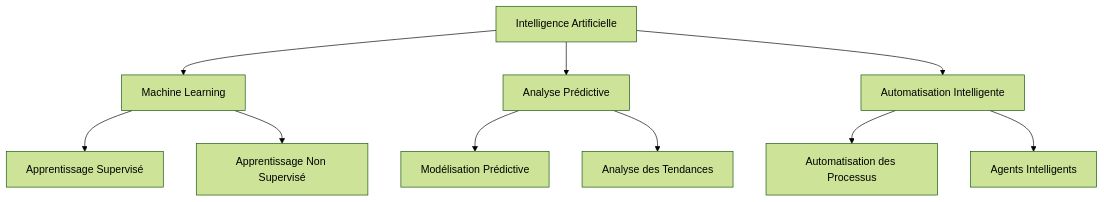
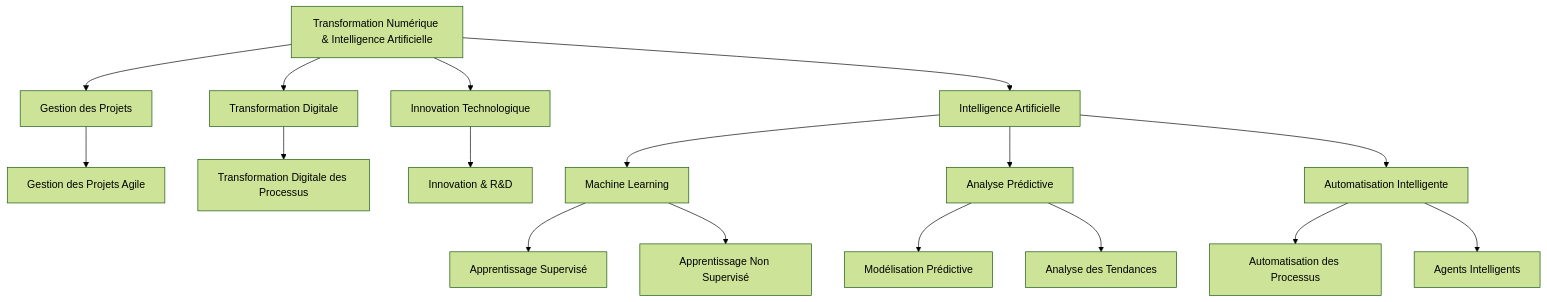
One commit to sanogotech/preparationCertificationCCNA changed the fifth of 6 diagrams in TestSchema.md. Above: the diagram before and after it, drawn with Mermaid (forest theme). The commit also changed other lines of this file, not shown here.

````diff
--- a/TestSchema.md
+++ b/TestSchema.md
@@ -171,18 +103,33 @@
 ```mermaid
 graph TD
-    I[Intelligence Artificielle] --> I1[Machine Learning]
+    G[Transformation Numérique & Intelligence Artificielle] --> G1[Gestion des Projets]
+    G --> G2[Transformation Digitale]
+    G --> G3[Innovation Technologique]
+    G --> I[Intelligence Artificielle]
+
+    %% Gestion des Projets
+    G1 --> G1a[Gestion des Projets Agile]
+
+    %% Transformation Digitale
+    G2 --> G2a[Transformation Digitale des Processus]
+
+    %% Innovation Technologique
+    G3 --> G3a[Innovation & R&D]
+
+    %% Intelligence Artificielle
+    I --> I1[Machine Learning]
     I --> I2[Analyse Prédictive]
     I --> I3[Automatisation Intelligente]
 
     %% Machine Learning
     I1 --> I1a[Apprentissage Supervisé]
     I1 --> I1b[Apprentissage Non Supervisé]
 
     %% Analyse Prédictive
     I2 --> I2a[Modélisation Prédictive]
     I2 --> I2b[Analyse des Tendances]
 
     %% Automatisation Intelligente
     I3 --> I3a[Automatisation des Processus]
     I3 --> I3b[Agents Intelligents]
 ```
````
